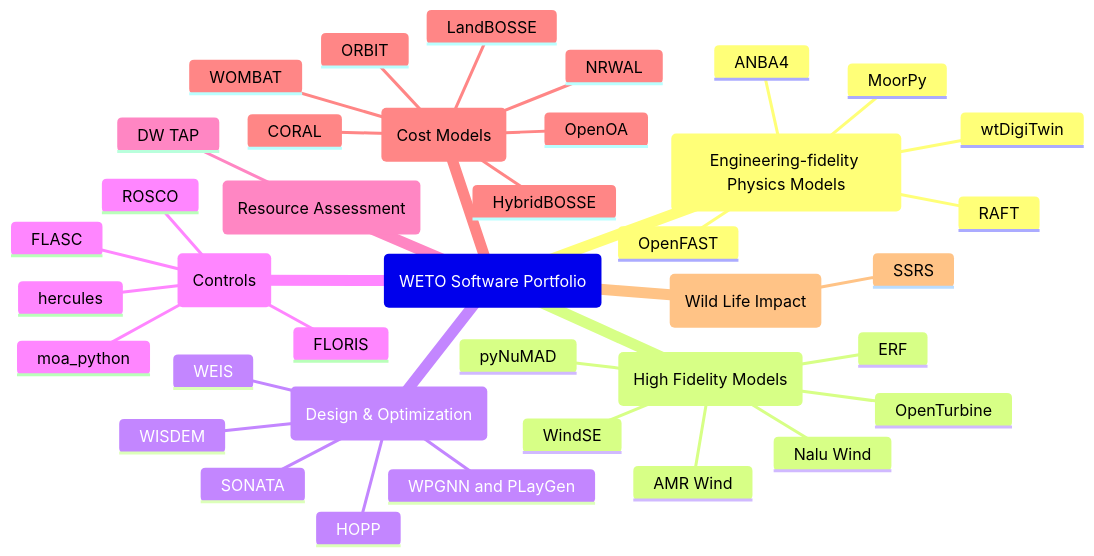
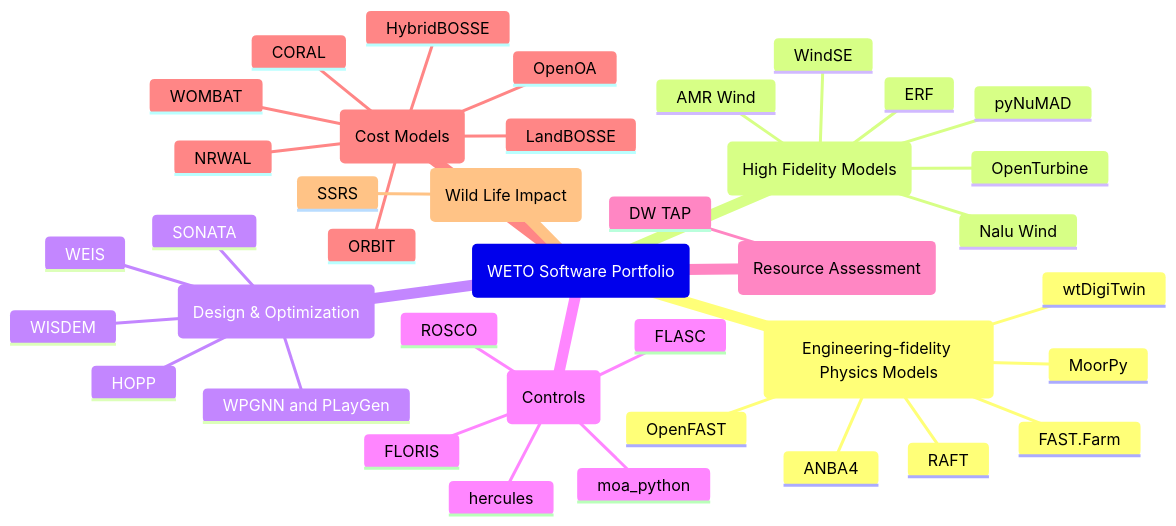
The diagram in _sources/capabilities/overview.md (kmruehl/WETOStack), drawn with Mermaid before and after one commit. The commit also changed 4 other files, not shown here.

````diff
--- a/_sources/capabilities/overview.md
+++ b/_sources/capabilities/overview.md
@@ -7,47 +7,48 @@
 ```{mermaid}
 mindmap
     root("WETO Software Portfolio")
         ps(Engineering-fidelity Physics Models)
             OpenFAST
+            FAST.Farm
             MoorPy
             wtDigiTwin
             ANBA4
             RAFT
 
         hfm(High Fidelity Models)
             AMR Wind
             Nalu Wind
             OpenTurbine
             ERF
             WindSE
             pyNuMAD
 
         do(Design & Optimization)
             WEIS
             WISDEM
             HOPP
             WPGNN and PLayGen
             SONATA
 
         ctrl(Controls)
             ROSCO
             FLORIS
             FLASC
             hercules
             moa_python
 
         ra(Resource Assessment)
             DW TAP
 
         cost(Cost Models)
             LandBOSSE
             HybridBOSSE
             ORBIT
             CORAL
             NRWAL
             WOMBAT
             OpenOA
 
         wild(Wild Life Impact)
             SSRS
 ```
````
